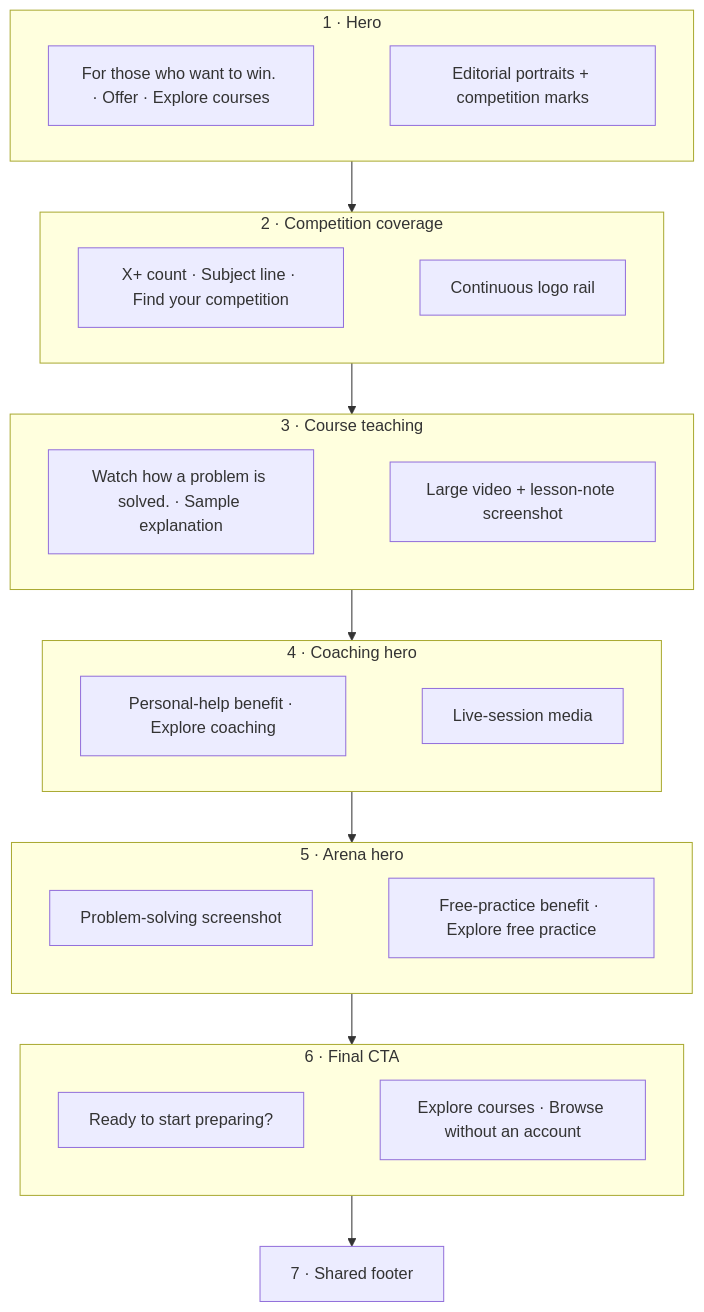
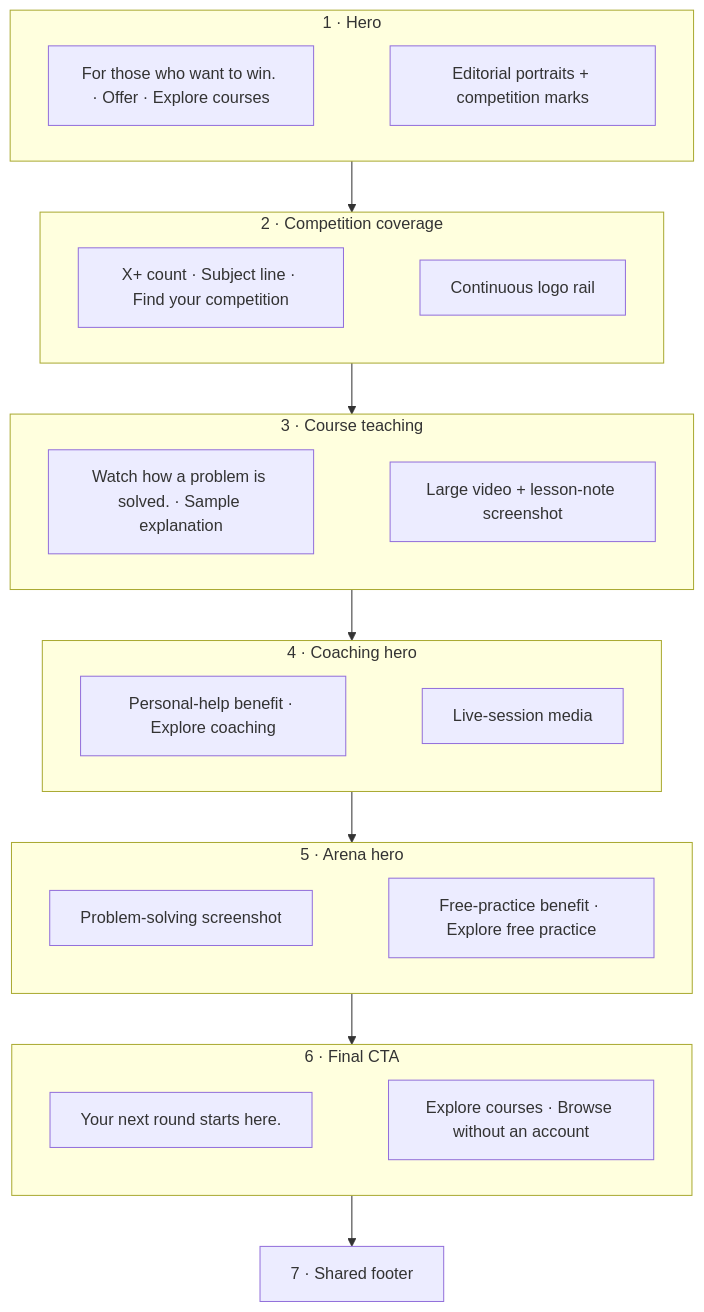
Before and after one commit to Physcratic/physcratic: the diagram in docs/engineering/GUEST_HOMEPAGE_LAYOUT.md, drawn with Mermaid. The commit also changed other lines of this file and 5 other files, not shown here.

````diff
--- a/docs/engineering/GUEST_HOMEPAGE_LAYOUT.md
+++ b/docs/engineering/GUEST_HOMEPAGE_LAYOUT.md
@@ -30,40 +41,40 @@
 ```mermaid
 flowchart TD
   subgraph hero["1 · Hero"]
     heroCopy["For those who want to win. · Offer · Explore courses"]
     heroMedia["Editorial portraits + competition marks"]
     heroCopy ~~~ heroMedia
   end
   subgraph coverage["2 · Competition coverage"]
     coverageText["X+ count · Subject line · Find your competition"]
     logos["Continuous logo rail"]
     coverageText ~~~ logos
   end
   subgraph teaching["3 · Course teaching"]
     teachingText["Watch how a problem is solved. · Sample explanation"]
     teachingMedia["Large video + lesson-note screenshot"]
     teachingText ~~~ teachingMedia
   end
   subgraph coaching["4 · Coaching hero"]
     coachingText["Personal-help benefit · Explore coaching"]
     coachingMedia["Live-session media"]
     coachingText ~~~ coachingMedia
   end
   subgraph arena["5 · Arena hero"]
     arenaMedia["Problem-solving screenshot"]
     arenaText["Free-practice benefit · Explore free practice"]
     arenaMedia ~~~ arenaText
   end
   subgraph close["6 · Final CTA"]
-    closeText["Ready to start preparing?"]
+    closeText["Your next round starts here."]
     closeAction["Explore courses · Browse without an account"]
     closeText ~~~ closeAction
   end
   footer["7 · Shared footer"]
   hero --> coverage
   coverage --> teaching
   teaching --> coaching
   coaching --> arena
   arena --> close
   close --> footer
 ```
````
